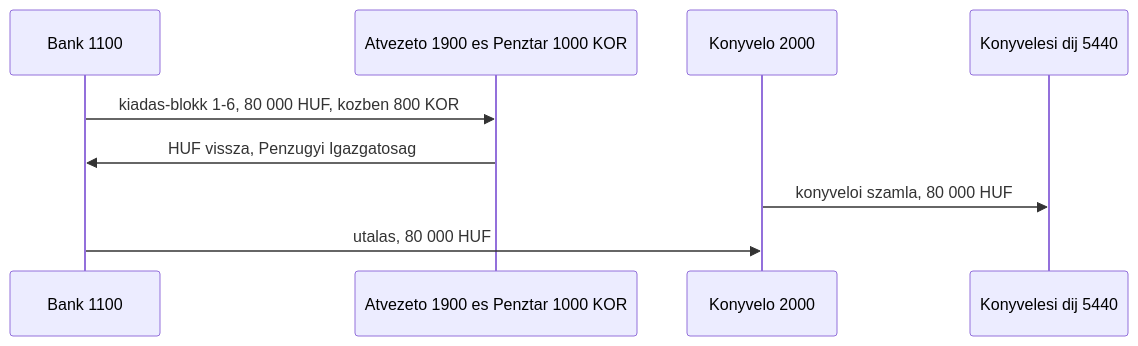
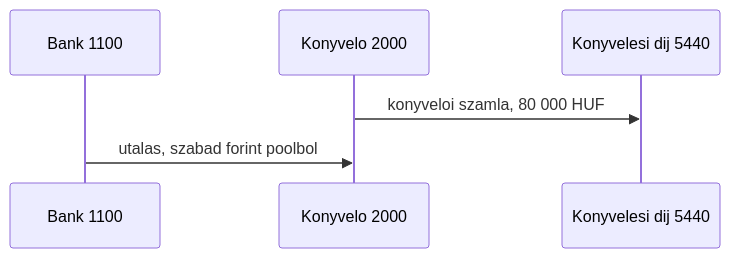
Before and after one commit to pitiboy/curr: the tenth of 15 diagrams in docs/transaction-workflow.md, drawn with Mermaid. The commit also changed other lines of this file and 1 other file, not shown here.

````diff
--- a/docs/transaction-workflow.md
+++ b/docs/transaction-workflow.md
@@ -549,12 +483,9 @@
 ```mermaid
 sequenceDiagram
   participant Bank as Bank 1100
-  participant Atv as Atvezeto 1900 es Penztar 1000 KOR
   participant Szallito as Konyvelo 2000
   participant Koltseg as Konyvelesi dij 5440
 
-  Bank->>Atv: kiadas-blokk 1-6, 80 000 HUF, kozben 800 KOR
-  Atv->>Bank: HUF vissza, Penzugyi Igazgatosag
   Szallito->>Koltseg: konyveloi szamla, 80 000 HUF
-  Bank->>Szallito: utalas, 80 000 HUF
+  Bank->>Szallito: utalas, szabad forint poolbol
 ```
````
